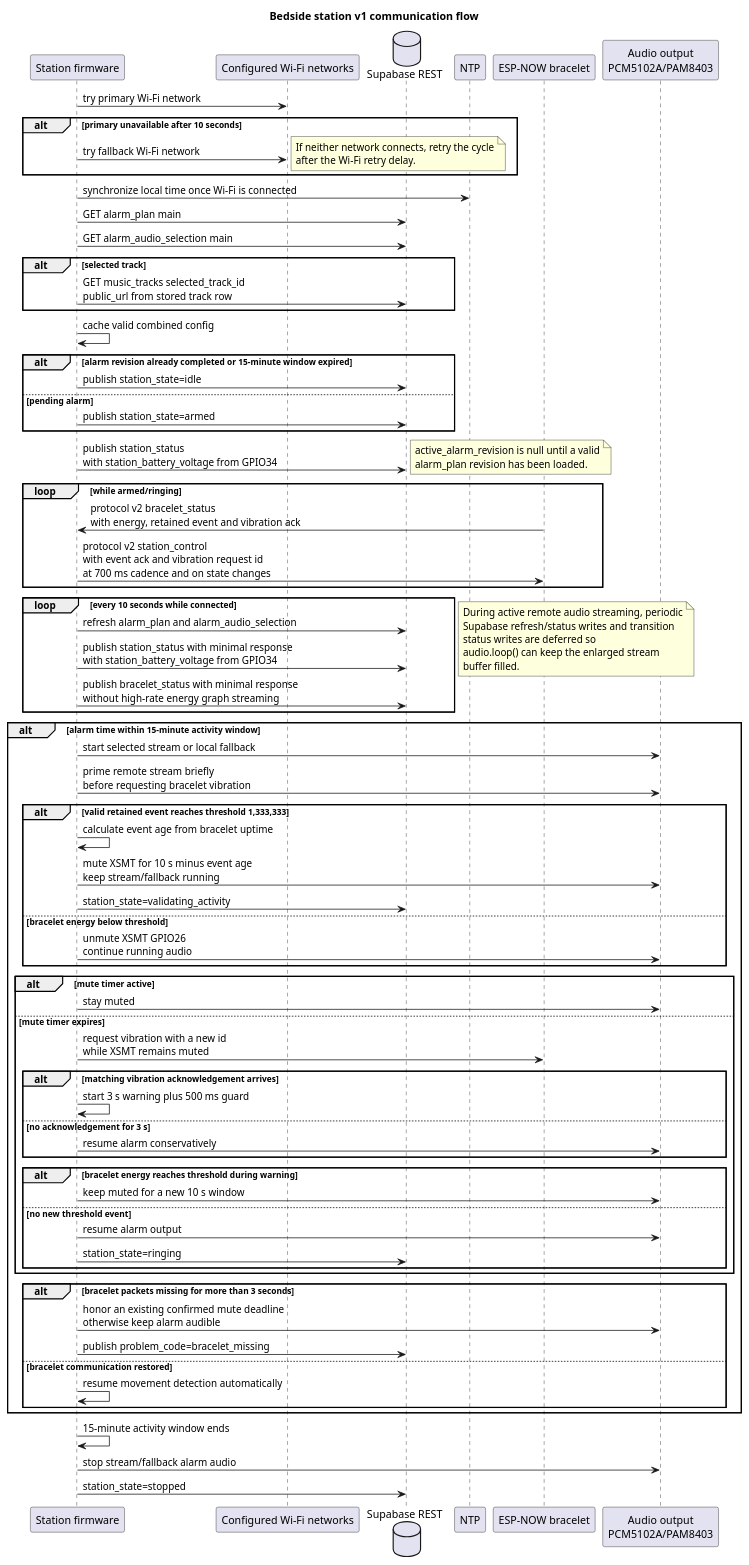
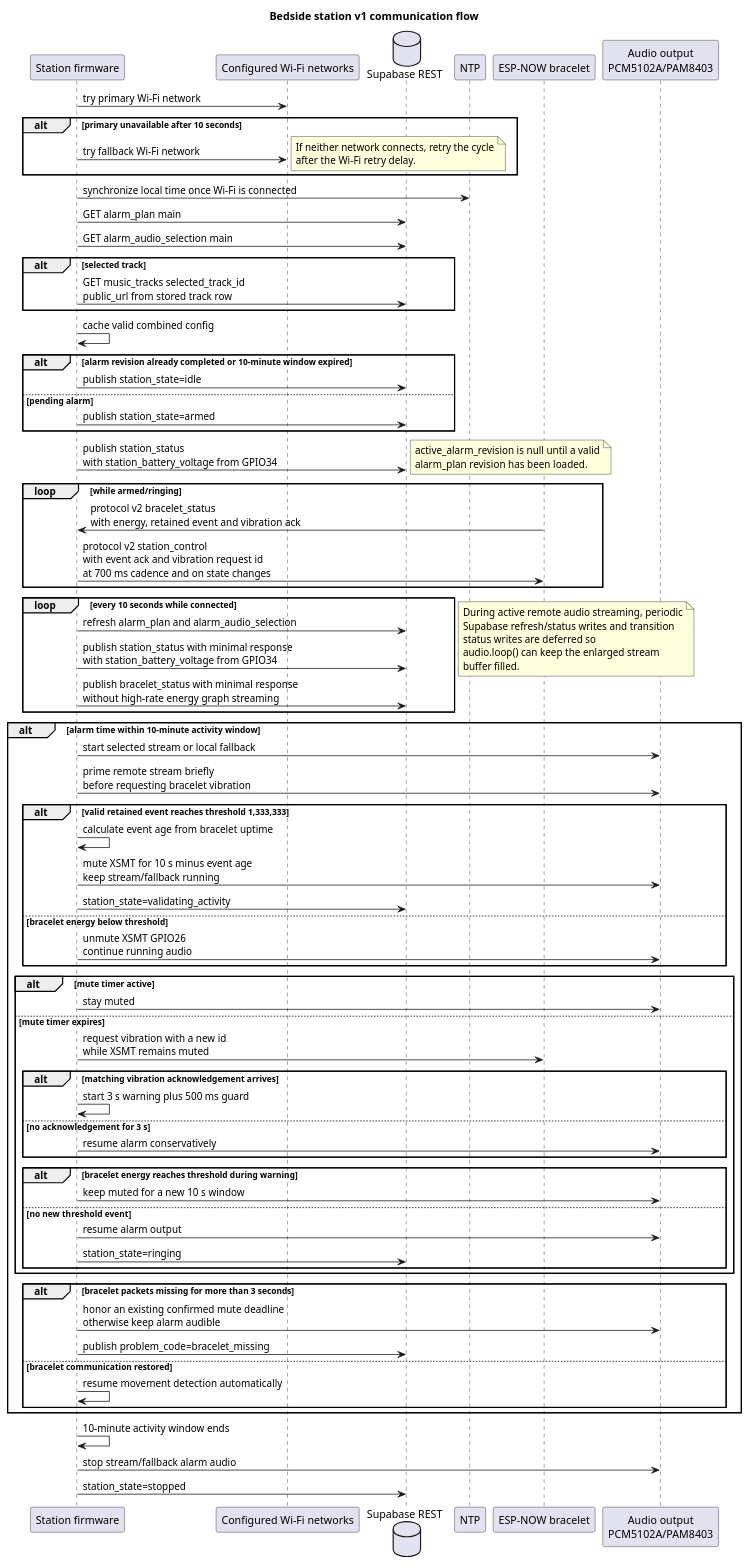
Before and after one commit to Jzn-wbr/Starter: the diagram in code/boite hp/UML/communication_flow.puml, drawn with PlantUML. The commit also changed 12 other files, not shown here.

Commit message:
Reduce alarm activity window to 10 minutes

```diff
--- a/code/boite hp/UML/communication_flow.puml
+++ b/code/boite hp/UML/communication_flow.puml
@@ -1,93 +1,93 @@
 @startuml
 title Bedside station v1 communication flow
 
 participant "Station firmware" as Station
 participant "Configured Wi-Fi networks" as Wifi
 database "Supabase REST" as Supabase
 participant "NTP" as Ntp
 participant "ESP-NOW bracelet" as Bracelet
 participant "Audio output\nPCM5102A/PAM8403" as Audio
 
 Station -> Wifi : try primary Wi-Fi network
 alt primary unavailable after 10 seconds
   Station -> Wifi : try fallback Wi-Fi network
   note right
     If neither network connects, retry the cycle
     after the Wi-Fi retry delay.
   end note
 end
 Station -> Ntp : synchronize local time once Wi-Fi is connected
 Station -> Supabase : GET alarm_plan main
 Station -> Supabase : GET alarm_audio_selection main
 alt selected track
   Station -> Supabase : GET music_tracks selected_track_id\npublic_url from stored track row
 end
 Station -> Station : cache valid combined config
-alt alarm revision already completed or 15-minute window expired
+alt alarm revision already completed or 10-minute window expired
   Station -> Supabase : publish station_state=idle
 else pending alarm
   Station -> Supabase : publish station_state=armed
 end
 Station -> Supabase : publish station_status\nwith station_battery_voltage from GPIO34
 note right
   active_alarm_revision is null until a valid
   alarm_plan revision has been loaded.
 end note
 
 loop while armed/ringing
   Bracelet -> Station : protocol v2 bracelet_status\nwith energy, retained event and vibration ack
   Station -> Bracelet : protocol v2 station_control\nwith event ack and vibration request id\nat 700 ms cadence and on state changes
 end
 
 loop every 10 seconds while connected
   Station -> Supabase : refresh alarm_plan and alarm_audio_selection
   Station -> Supabase : publish station_status with minimal response\nwith station_battery_voltage from GPIO34
   Station -> Supabase : publish bracelet_status with minimal response\nwithout high-rate energy graph streaming
 end
 note right
   During active remote audio streaming, periodic
   Supabase refresh/status writes and transition
   status writes are deferred so
   audio.loop() can keep the enlarged stream
   buffer filled.
 end note
 
-alt alarm time within 15-minute activity window
+alt alarm time within 10-minute activity window
   Station -> Audio : start selected stream or local fallback
   Station -> Audio : prime remote stream briefly\nbefore requesting bracelet vibration
   alt valid retained event reaches threshold 1,333,333
     Station -> Station : calculate event age from bracelet uptime
     Station -> Audio : mute XSMT for 10 s minus event age\nkeep stream/fallback running
     Station -> Supabase : station_state=validating_activity
   else bracelet energy below threshold
     Station -> Audio : unmute XSMT GPIO26\ncontinue running audio
   end
   alt mute timer active
     Station -> Audio : stay muted
   else mute timer expires
     Station -> Bracelet : request vibration with a new id\nwhile XSMT remains muted
     alt matching vibration acknowledgement arrives
       Station -> Station : start 3 s warning plus 500 ms guard
     else no acknowledgement for 3 s
       Station -> Audio : resume alarm conservatively
     end
     alt bracelet energy reaches threshold during warning
       Station -> Audio : keep muted for a new 10 s window
     else no new threshold event
     Station -> Audio : resume alarm output
     Station -> Supabase : station_state=ringing
     end
   end
   alt bracelet packets missing for more than 3 seconds
     Station -> Audio : honor an existing confirmed mute deadline\notherwise keep alarm audible
     Station -> Supabase : publish problem_code=bracelet_missing
   else bracelet communication restored
     Station -> Station : resume movement detection automatically
   end
 end
 
-Station -> Station : 15-minute activity window ends
+Station -> Station : 10-minute activity window ends
 Station -> Audio : stop stream/fallback alarm audio
 Station -> Supabase : station_state=stopped
 
 @enduml
```
